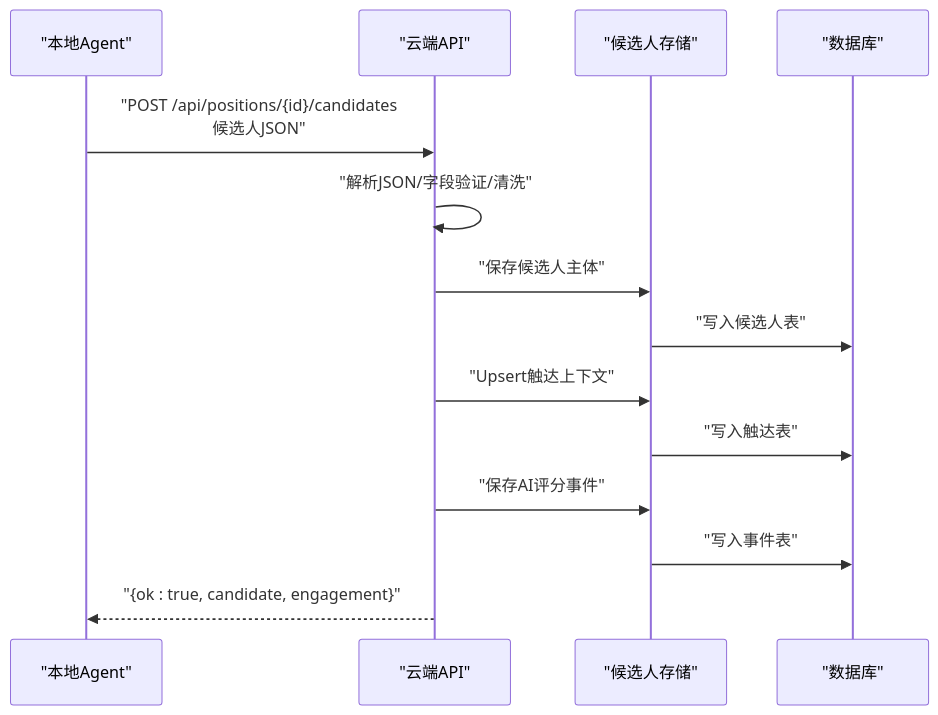
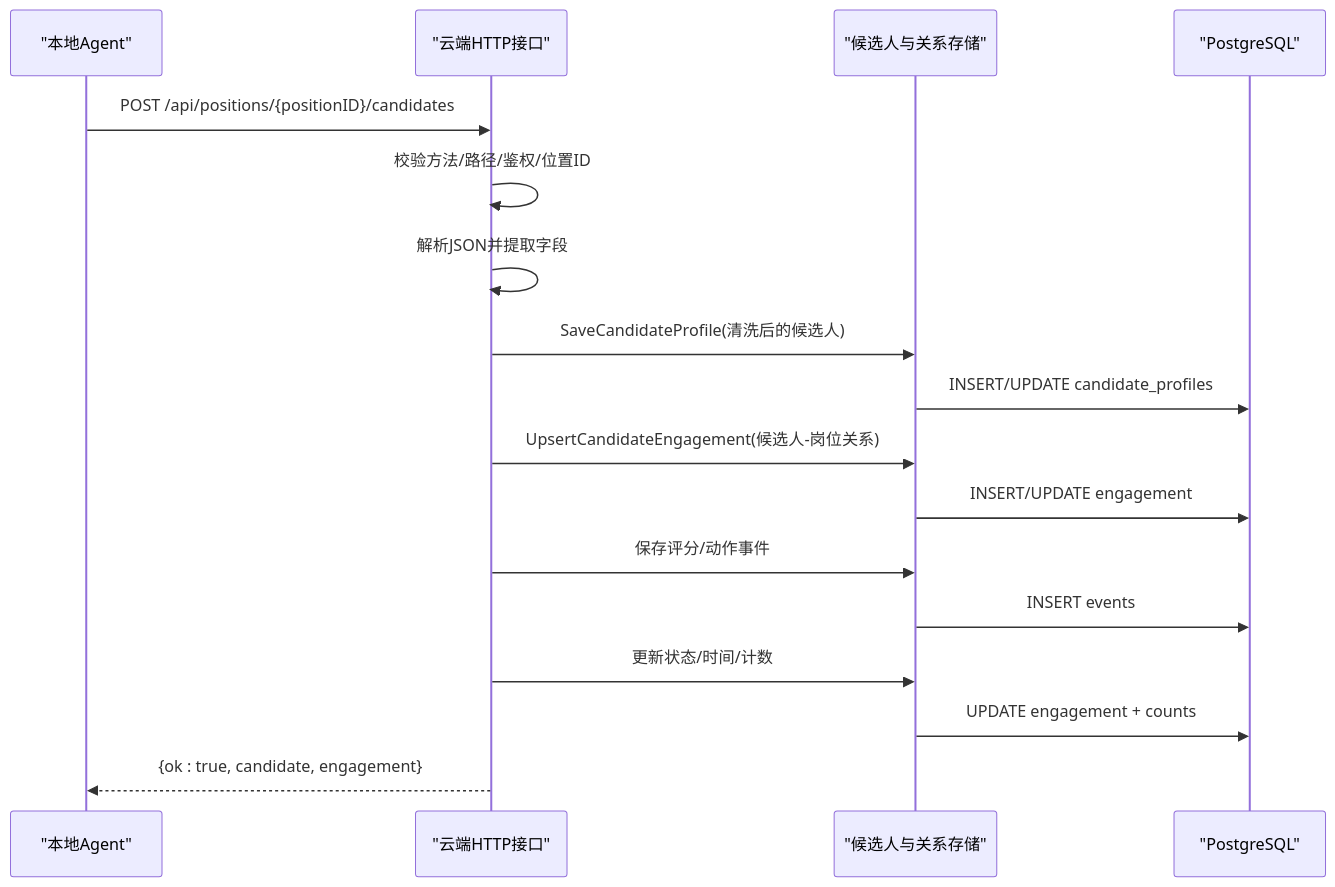
Before and after one commit to alvinwangzi/goodhr: the second of 3 diagrams in .qoder/repowiki/zh/content/云端后端服务/候选人处理系统/候选人数据摄入/候选人数据验证.md, drawn with Mermaid. The commit also changed other lines of this file and 149 other files, not shown here.

````diff
--- a/.qoder/repowiki/zh/content/云端后端服务/候选人处理系统/候选人数据摄入/候选人数据验证.md
+++ b/.qoder/repowiki/zh/content/云端后端服务/候选人处理系统/候选人数据摄入/候选人数据验证.md
@@ -87,16 +91,19 @@
 ```mermaid
 sequenceDiagram
-participant LA as "本地Agent"
-participant API as "云端API"
-participant Store as "候选人存储"
-participant DB as "数据库"
-LA->>API : "POST /api/positions/{id}/candidates<br/>候选人JSON"
-API->>API : "解析JSON/字段验证/清洗"
-API->>Store : "保存候选人主体"
-Store->>DB : "写入候选人表"
-API->>Store : "Upsert触达上下文"
-Store->>DB : "写入触达表"
-API->>Store : "保存AI评分事件"
-Store->>DB : "写入事件表"
-API-->>LA : "{ok : true, candidate, engagement}"
+participant Agent as "本地Agent"
+participant API as "云端HTTP接口"
+participant Store as "候选人与关系存储"
+participant DB as "PostgreSQL"
+Agent->>API : POST /api/positions/{positionID}/candidates
+API->>API : 校验方法/路径/鉴权/位置ID
+API->>API : 解析JSON并提取字段
+API->>Store : SaveCandidateProfile(清洗后的候选人)
+Store->>DB : INSERT/UPDATE candidate_profiles
+API->>Store : UpsertCandidateEngagement(候选人-岗位关系)
+Store->>DB : INSERT/UPDATE engagement
+API->>Store : 保存评分/动作事件
+Store->>DB : INSERT events
+API->>Store : 更新状态/时间/计数
+Store->>DB : UPDATE engagement + counts
+API-->>Agent : {ok : true, candidate, engagement}
 ```
````
